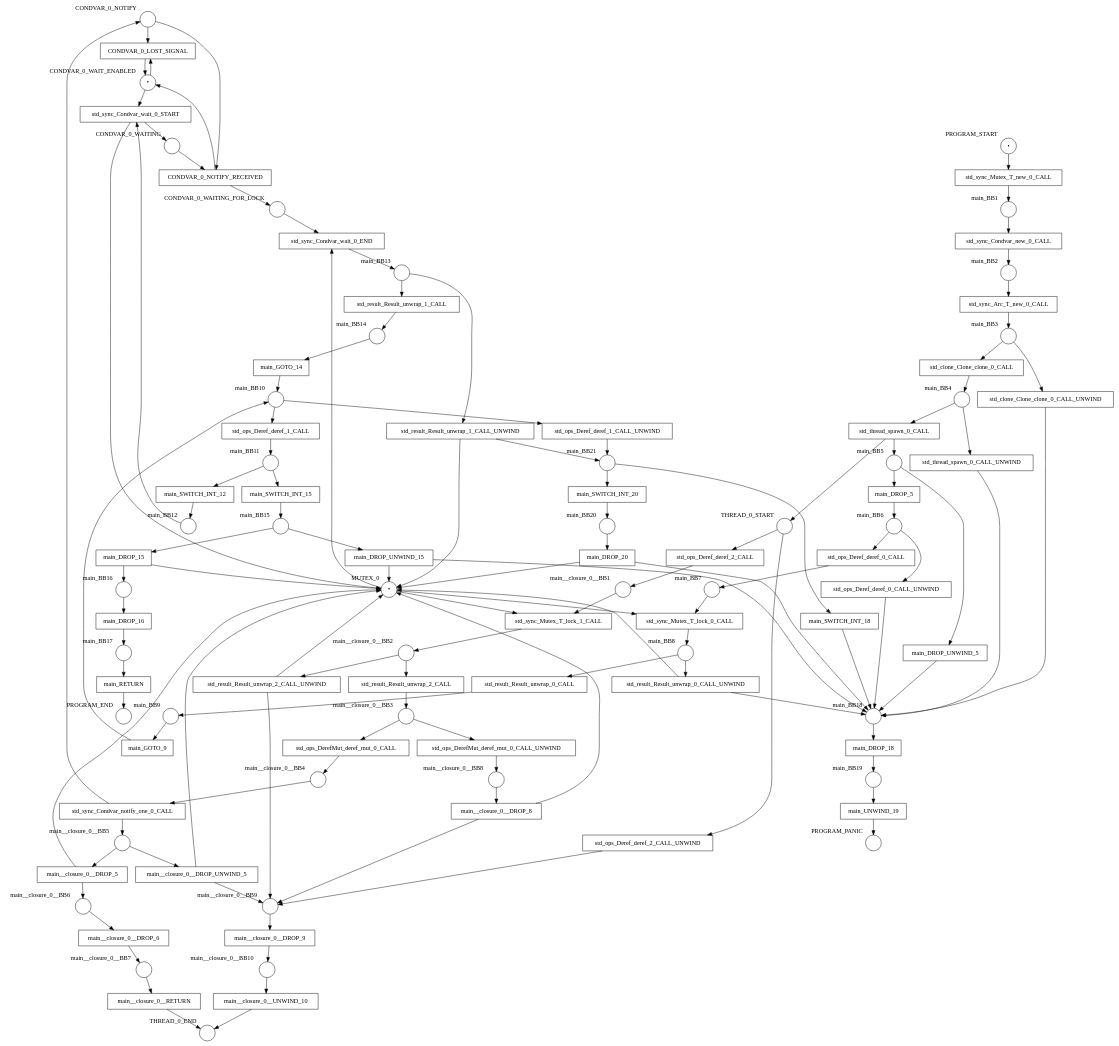
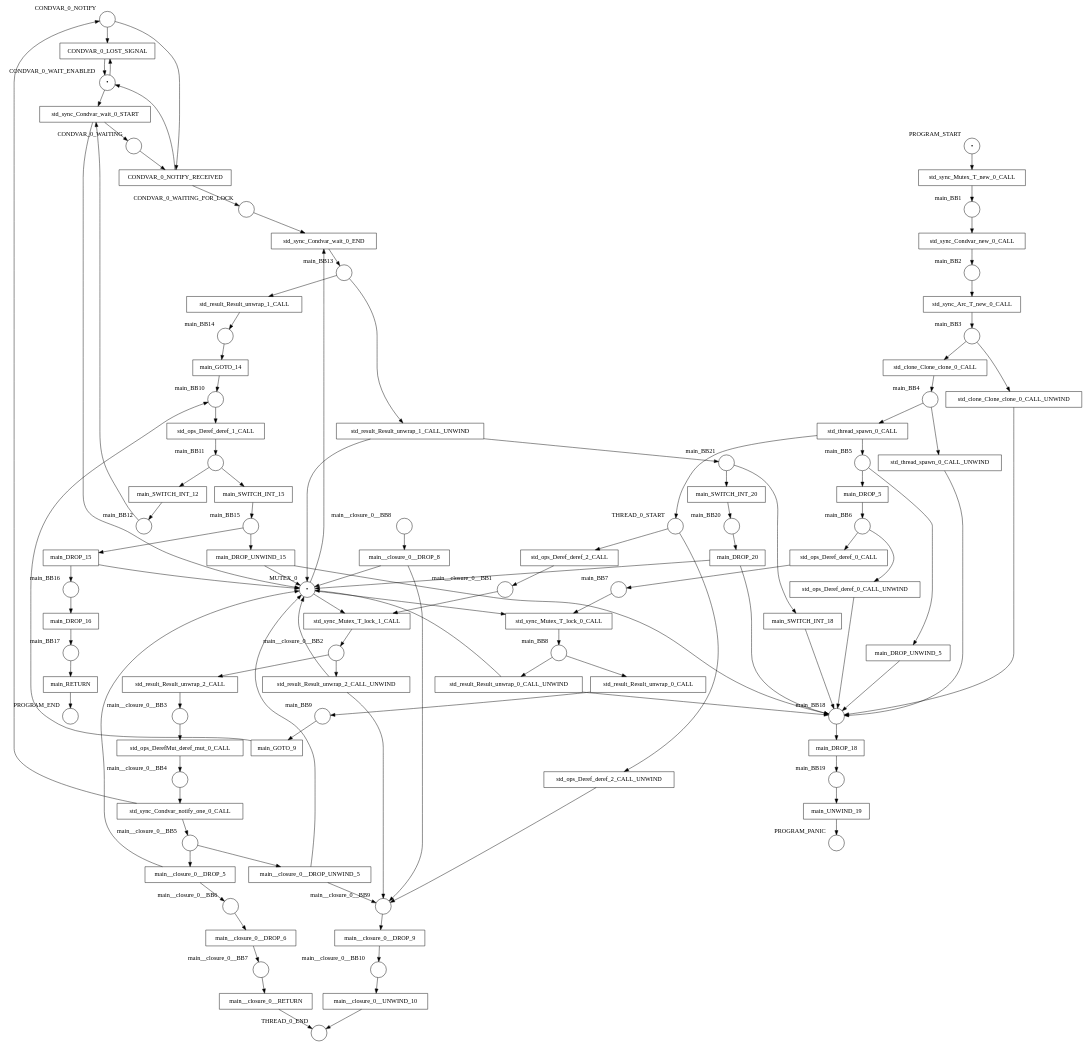
The diagram in examples/results/condvar/wait/net.dot (hlisdero/cargo-check-deadlock), drawn with Graphviz before and after one commit. The commit also changed 14 other files, not shown here.

```diff
--- a/examples/results/condvar/wait/net.dot
+++ b/examples/results/condvar/wait/net.dot
@@ -67,11 +67,9 @@
     std_clone_Clone_clone_0_CALL [shape="box" xlabel="" label="std_clone_Clone_clone_0_CALL"];
     std_clone_Clone_clone_0_CALL_UNWIND [shape="box" xlabel="" label="std_clone_Clone_clone_0_CALL_UNWIND"];
     std_ops_DerefMut_deref_mut_0_CALL [shape="box" xlabel="" label="std_ops_DerefMut_deref_mut_0_CALL"];
-    std_ops_DerefMut_deref_mut_0_CALL_UNWIND [shape="box" xlabel="" label="std_ops_DerefMut_deref_mut_0_CALL_UNWIND"];
     std_ops_Deref_deref_0_CALL [shape="box" xlabel="" label="std_ops_Deref_deref_0_CALL"];
     std_ops_Deref_deref_0_CALL_UNWIND [shape="box" xlabel="" label="std_ops_Deref_deref_0_CALL_UNWIND"];
     std_ops_Deref_deref_1_CALL [shape="box" xlabel="" label="std_ops_Deref_deref_1_CALL"];
-    std_ops_Deref_deref_1_CALL_UNWIND [shape="box" xlabel="" label="std_ops_Deref_deref_1_CALL_UNWIND"];
     std_ops_Deref_deref_2_CALL [shape="box" xlabel="" label="std_ops_Deref_deref_2_CALL"];
     std_ops_Deref_deref_2_CALL_UNWIND [shape="box" xlabel="" label="std_ops_Deref_deref_2_CALL_UNWIND"];
     std_result_Result_unwrap_0_CALL [shape="box" xlabel="" label="std_result_Result_unwrap_0_CALL"];
@@ -104,7 +102,6 @@
     THREAD_0_START -> std_ops_Deref_deref_2_CALL_UNWIND;
     main_BB1 -> std_sync_Condvar_new_0_CALL;
     main_BB10 -> std_ops_Deref_deref_1_CALL;
-    main_BB10 -> std_ops_Deref_deref_1_CALL_UNWIND;
     main_BB11 -> main_SWITCH_INT_12;
     main_BB11 -> main_SWITCH_INT_15;
     main_BB12 -> std_sync_Condvar_wait_0_START;
@@ -138,7 +135,6 @@
     main__closure_0__BB2 -> std_result_Result_unwrap_2_CALL;
     main__closure_0__BB2 -> std_result_Result_unwrap_2_CALL_UNWIND;
     main__closure_0__BB3 -> std_ops_DerefMut_deref_mut_0_CALL;
-    main__closure_0__BB3 -> std_ops_DerefMut_deref_mut_0_CALL_UNWIND;
     main__closure_0__BB4 -> std_sync_Condvar_notify_one_0_CALL;
     main__closure_0__BB5 -> main__closure_0__DROP_5;
     main__closure_0__BB5 -> main__closure_0__DROP_UNWIND_5;
@@ -180,11 +176,9 @@
     std_clone_Clone_clone_0_CALL -> main_BB4;
     std_clone_Clone_clone_0_CALL_UNWIND -> main_BB18;
     std_ops_DerefMut_deref_mut_0_CALL -> main__closure_0__BB4;
-    std_ops_DerefMut_deref_mut_0_CALL_UNWIND -> main__closure_0__BB8;
     std_ops_Deref_deref_0_CALL -> main_BB7;
     std_ops_Deref_deref_0_CALL_UNWIND -> main_BB18;
     std_ops_Deref_deref_1_CALL -> main_BB11;
-    std_ops_Deref_deref_1_CALL_UNWIND -> main_BB21;
     std_ops_Deref_deref_2_CALL -> main__closure_0__BB1;
     std_ops_Deref_deref_2_CALL_UNWIND -> main__closure_0__BB9;
     std_result_Result_unwrap_0_CALL -> main_BB9;
```
